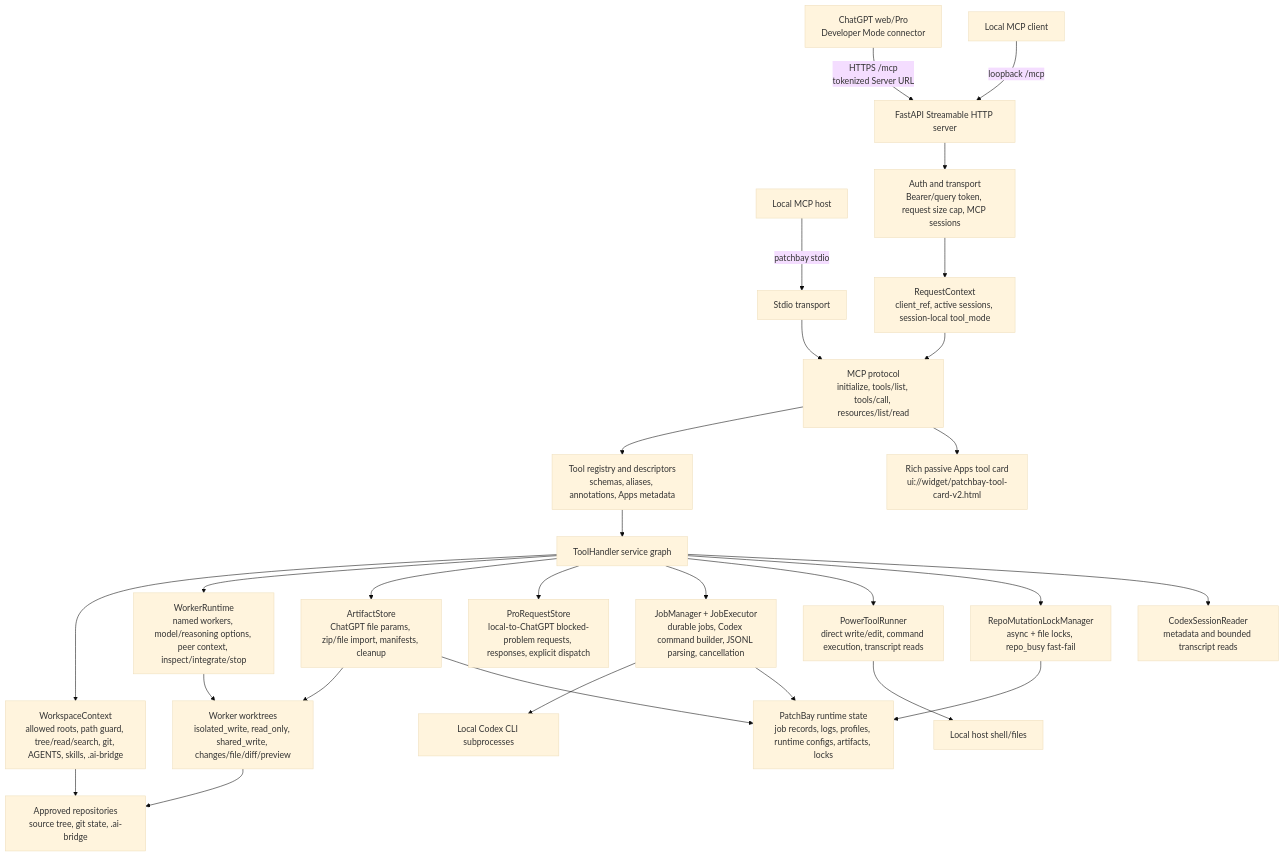
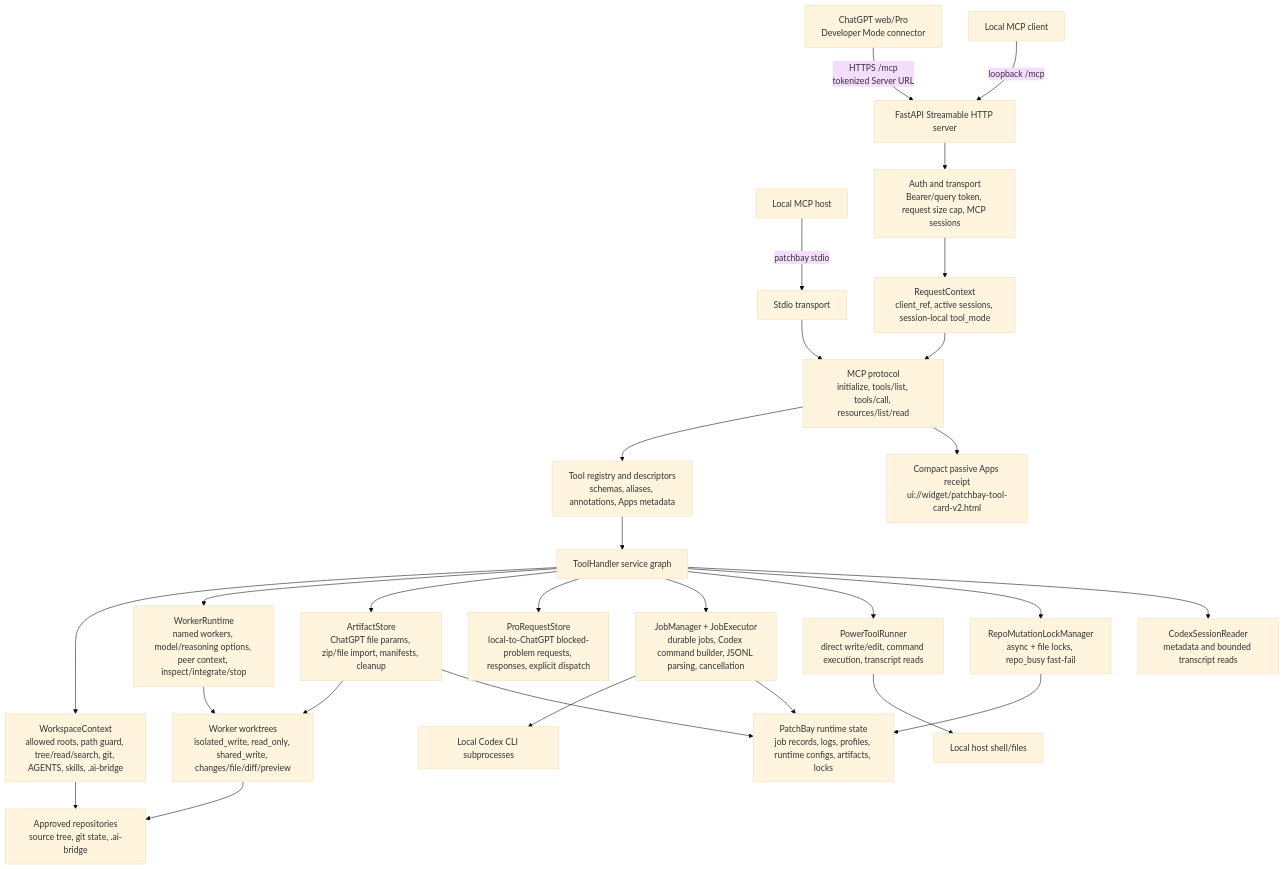
Before and after one commit to velhud/PatchBay: the diagram in docs/architecture/overview.md, drawn with Mermaid (base theme). The commit also changed other lines of this file and 23 other files, not shown here.

````diff
--- a/docs/architecture/overview.md
+++ b/docs/architecture/overview.md
@@ -42,34 +42,34 @@
 ```mermaid
 flowchart TD
     ChatGPT["ChatGPT web/Pro<br/>Developer Mode connector"] -->|"HTTPS /mcp<br/>tokenized Server URL"| Server["FastAPI Streamable HTTP server"]
     LocalClient["Local MCP client"] -->|"loopback /mcp"| Server
     StdioClient["Local MCP host"] -->|"patchbay stdio"| Stdio["Stdio transport"]
     Stdio --> Protocol
 
     Server --> Auth["Auth and transport<br/>Bearer/query token, request size cap, MCP sessions"]
     Auth --> Context["RequestContext<br/>client_ref, active sessions, session-local tool_mode"]
     Context --> Protocol["MCP protocol<br/>initialize, tools/list, tools/call, resources/list/read"]
     Protocol --> Registry["Tool registry and descriptors<br/>schemas, aliases, annotations, Apps metadata"]
-    Protocol --> Card["Rich passive Apps tool card<br/>ui://widget/patchbay-tool-card-v2.html"]
+    Protocol --> Card["Compact passive Apps receipt<br/>ui://widget/patchbay-tool-card-v2.html"]
 
     Registry --> Handler["ToolHandler service graph"]
     Handler --> Workspace["WorkspaceContext<br/>allowed roots, path guard, tree/read/search, git, AGENTS, skills, .ai-bridge"]
     Handler --> Workers["WorkerRuntime<br/>named workers, model/reasoning options, peer context, inspect/integrate/stop"]
     Handler --> Inbox["ArtifactStore<br/>ChatGPT file params, zip/file import, manifests, cleanup"]
     Handler --> ProRequests["ProRequestStore<br/>local-to-ChatGPT blocked-problem requests, responses, explicit dispatch"]
     Handler --> Jobs["JobManager + JobExecutor<br/>durable jobs, Codex command builder, JSONL parsing, cancellation"]
     Handler --> Power["PowerToolRunner<br/>direct write/edit, command execution, transcript reads"]
     Handler --> Locks["RepoMutationLockManager<br/>async + file locks, repo_busy fast-fail"]
     Handler --> Sessions["CodexSessionReader<br/>metadata and bounded transcript reads"]
 
     Workers --> WorkerTrees["Worker worktrees<br/>isolated_write, read_only, shared_write, changes/file/diff/preview"]
     Inbox --> WorkerTrees
     Jobs --> Codex["Local Codex CLI subprocesses"]
     Power --> Host["Local host shell/files"]
     Workspace --> Repo["Approved repositories<br/>source tree, git state, .ai-bridge"]
     WorkerTrees --> Repo
 
     Jobs --> Runtime["PatchBay runtime state<br/>job records, logs, profiles, runtime configs, artifacts, locks"]
     Inbox --> Runtime
     Locks --> Runtime
 ```
````
